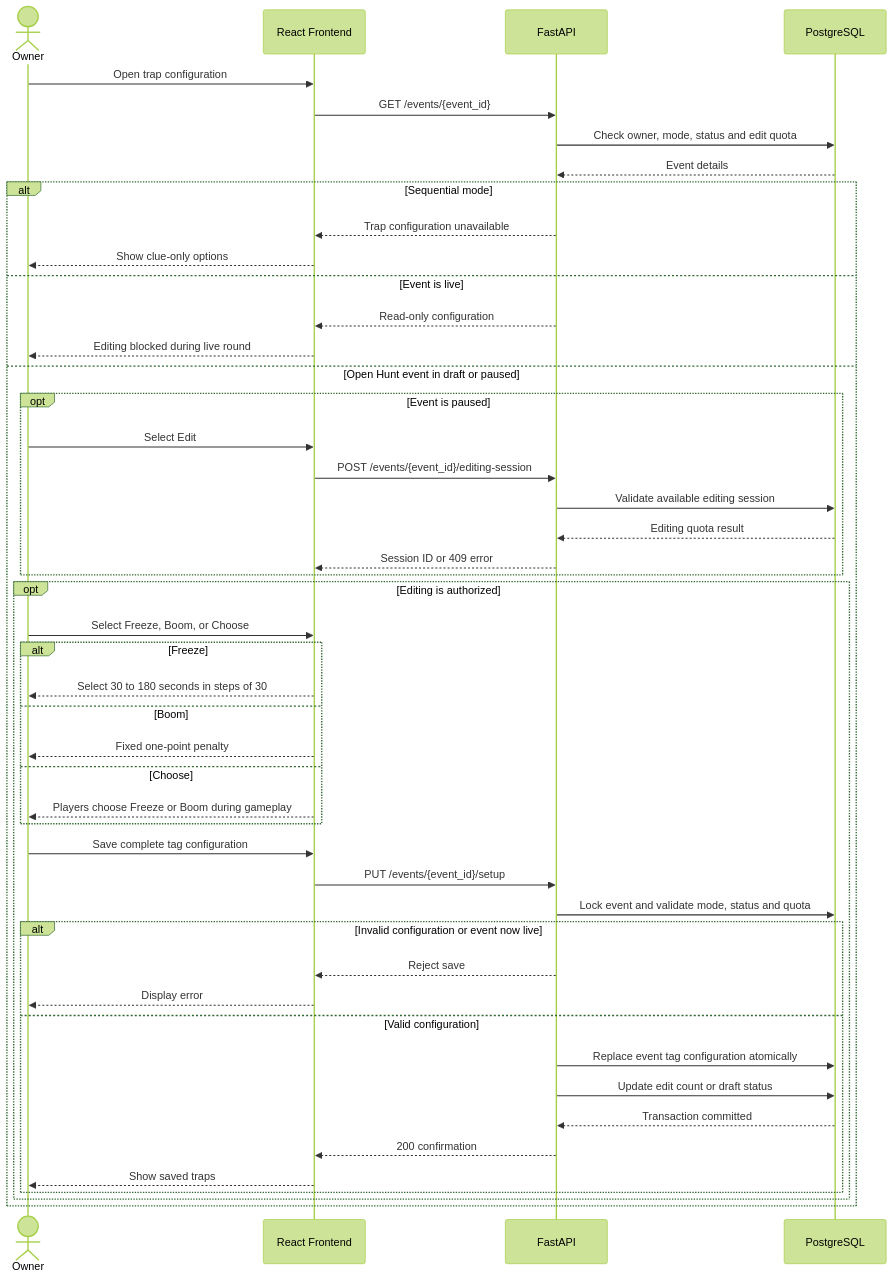
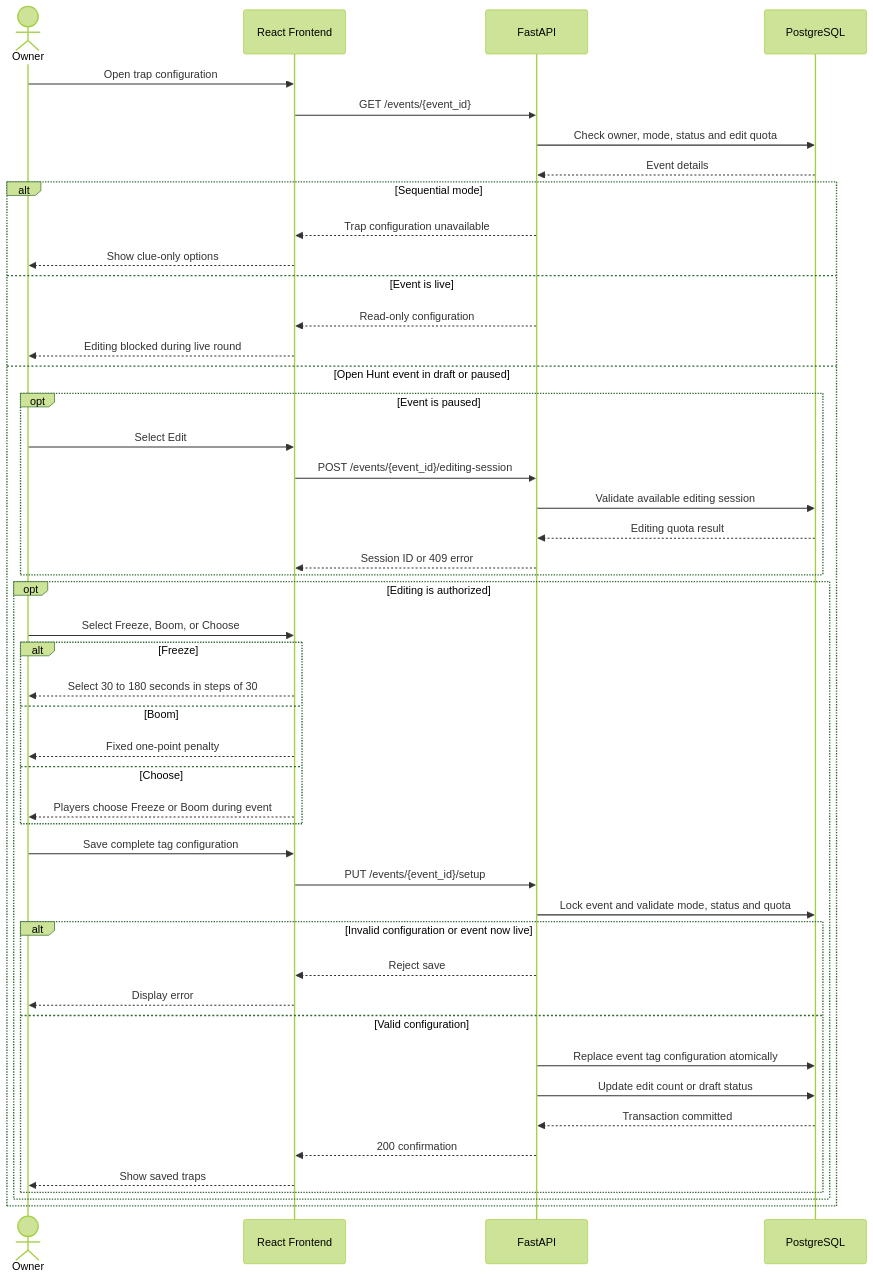
The seventh of 8 diagrams in Mentors/Stages/Stage3/README.md (iEmanHamdan/Raccon), drawn with Mermaid (forest theme) before and after one commit. The commit also changed other lines of this file, not shown here.

````diff
--- a/Mentors/Stages/Stage3/README.md
+++ b/Mentors/Stages/Stage3/README.md
@@ -1054,49 +1054,49 @@
 ```mermaid
 sequenceDiagram
     actor Owner
     participant Web as React Frontend
     participant API as FastAPI
     participant DB as PostgreSQL
     Owner->>Web: Open trap configuration
     Web->>API: GET /events/{event_id}
     API->>DB: Check owner, mode, status and edit quota
     DB-->>API: Event details
     alt Sequential mode
         API-->>Web: Trap configuration unavailable
         Web-->>Owner: Show clue-only options
     else Event is live
         API-->>Web: Read-only configuration
         Web-->>Owner: Editing blocked during live round
     else Open Hunt event in draft or paused
         opt Event is paused
             Owner->>Web: Select Edit
             Web->>API: POST /events/{event_id}/editing-session
             API->>DB: Validate available editing session
             DB-->>API: Editing quota result
             API-->>Web: Session ID or 409 error
         end
         opt Editing is authorized
             Owner->>Web: Select Freeze, Boom, or Choose
             alt Freeze
                 Web-->>Owner: Select 30 to 180 seconds in steps of 30
             else Boom
                 Web-->>Owner: Fixed one-point penalty
             else Choose
-                Web-->>Owner: Players choose Freeze or Boom during gameplay
+                Web-->>Owner: Players choose Freeze or Boom during event
             end
             Owner->>Web: Save complete tag configuration
             Web->>API: PUT /events/{event_id}/setup
             API->>DB: Lock event and validate mode, status and quota
             alt Invalid configuration or event now live
                 API-->>Web: Reject save
                 Web-->>Owner: Display error
             else Valid configuration
                 API->>DB: Replace event tag configuration atomically
                 API->>DB: Update edit count or draft status
                 DB-->>API: Transaction committed
                 API-->>Web: 200 confirmation
                 Web-->>Owner: Show saved traps
             end
         end
     end
 ```
````
